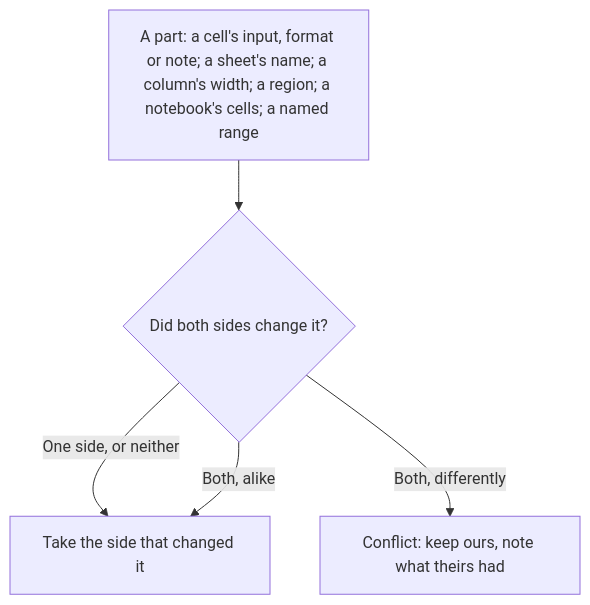
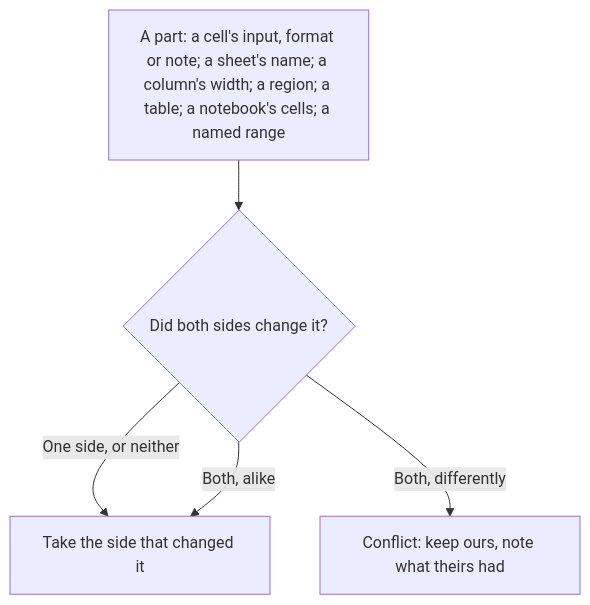
The diagram in docs/files/git.md (FelineStateMachine/012), drawn with Mermaid before and after one commit. The commit also changed other lines of this file and 9 other files, not shown here.

````diff
--- a/docs/files/git.md
+++ b/docs/files/git.md
@@ -106,8 +107,8 @@
 ```mermaid
 flowchart TD
-  part["A part: a cell's input, format or note; a sheet's name; a column's width; a region; a notebook's cells; a named range"]
+  part["A part: a cell's input, format or note; a sheet's name; a column's width; a region; a table; a notebook's cells; a named range"]
   part --> same{"Did both sides change it?"}
   same -- "One side, or neither" --> take["Take the side that changed it"]
   same -- "Both, alike" --> take
   same -- "Both, differently" --> conflict["Conflict: keep ours, note what theirs had"]
 ```
````
